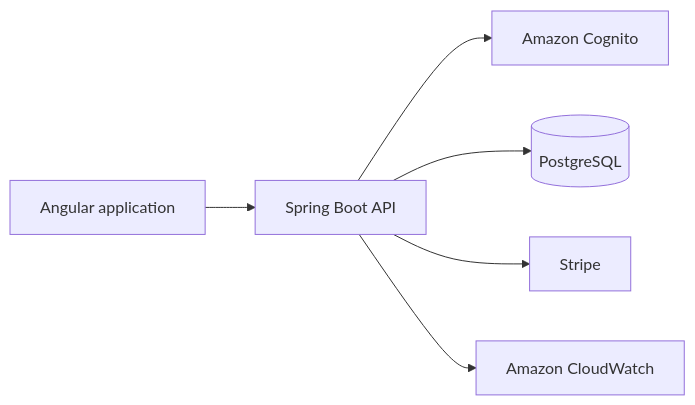
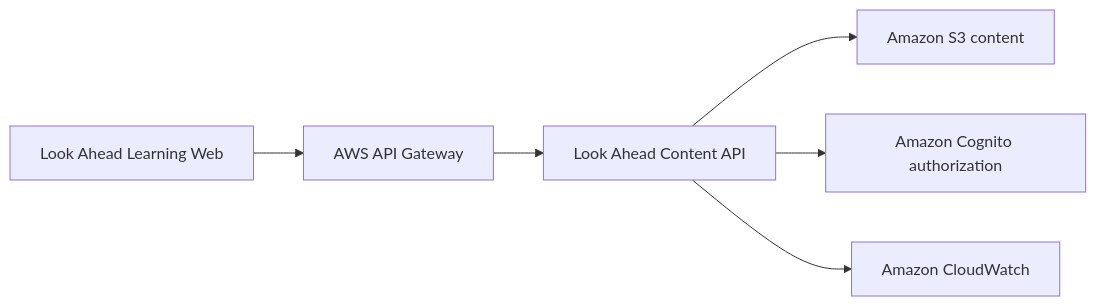
Before and after one commit to lookahead99ms/lookahead-content-api: the second of 2 diagrams in docs/architecture.md, drawn with Mermaid. The commit also changed other lines of this file and 17 other files, not shown here.

First line of the commit message:
refactor: rename backend to Look Ahead Content API (#1)

````diff
--- a/docs/architecture.md
+++ b/docs/architecture.md
@@ -28,8 +28,8 @@
 ```mermaid
 flowchart LR
-    Angular[Angular application] --> API[Spring Boot API]
-    API --> Cognito[Amazon Cognito]
-    API --> Postgres[(PostgreSQL)]
-    API --> Stripe[Stripe]
-    API --> CloudWatch[Amazon CloudWatch]
+    Angular[Look Ahead Learning Web] --> Gateway[AWS API Gateway]
+    Gateway --> ContentAPI[Look Ahead Content API]
+    ContentAPI --> S3[Amazon S3 content]
+    ContentAPI --> Cognito[Amazon Cognito authorization]
+    ContentAPI --> CloudWatch[Amazon CloudWatch]
 ```
````
